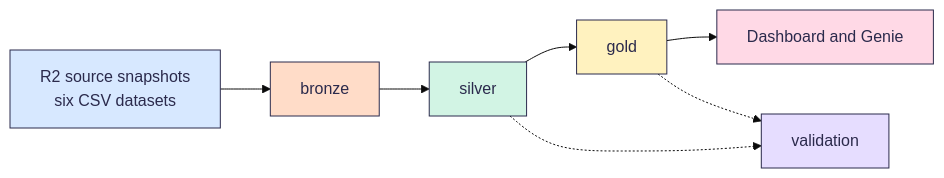
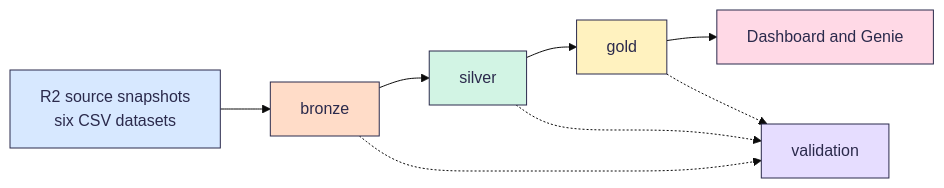
One commit to Buildabida/infra-project-monitoring changed the diagram in README.md. Above: the diagram before and after it, drawn with Mermaid (base theme). The commit also changed other lines of this file and 7 other files, not shown here.

````diff
--- a/README.md
+++ b/README.md
@@ -48,15 +48,16 @@
 ```mermaid
 flowchart LR
     S["R2 source snapshots<br>six CSV datasets"]:::src --> B["bronze"]:::bronze
     B --> SV["silver"]:::silver
     SV --> G["gold"]:::gold
     G --> D["Dashboard and Genie"]:::dash
-    SV -.-> V["validation"]:::val
+    B -.-> V["validation"]:::val
+    SV -.-> V
     G -.-> V
     classDef src fill:#D7E8FF,stroke:#2B2A4C,color:#2B2A4C
     classDef bronze fill:#FFDCC8,stroke:#2B2A4C,color:#2B2A4C
     classDef silver fill:#D2F4E4,stroke:#2B2A4C,color:#2B2A4C
     classDef gold fill:#FFF2BF,stroke:#2B2A4C,color:#2B2A4C
     classDef val fill:#E6DDFF,stroke:#2B2A4C,color:#2B2A4C
     classDef dash fill:#FFD9E6,stroke:#2B2A4C,color:#2B2A4C
 ```
````
